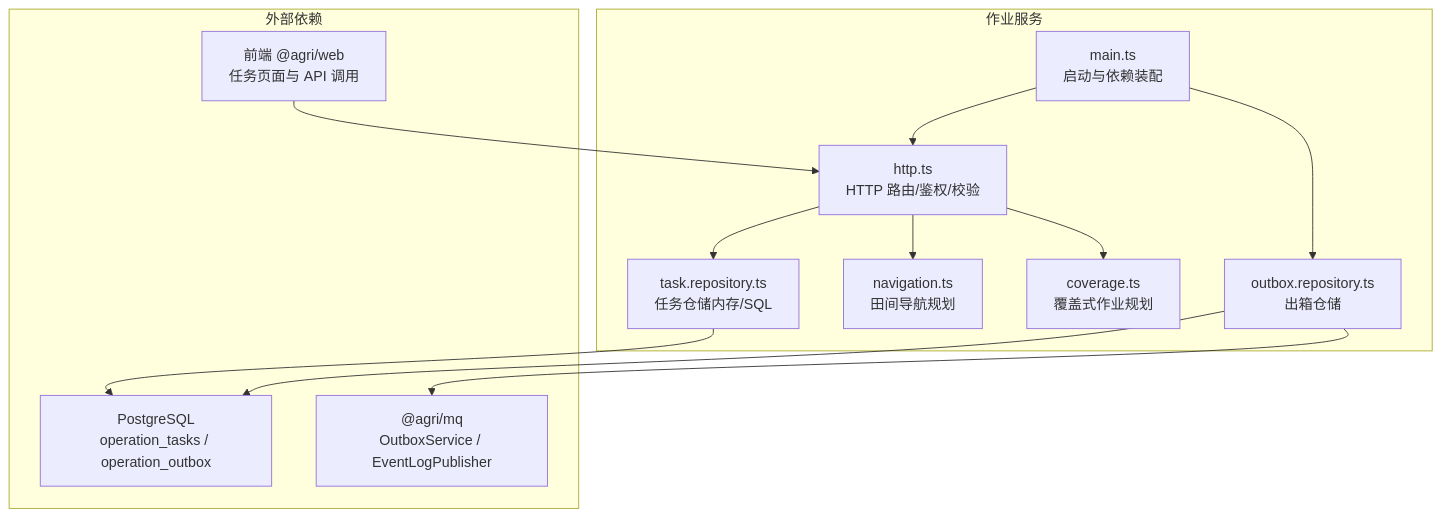
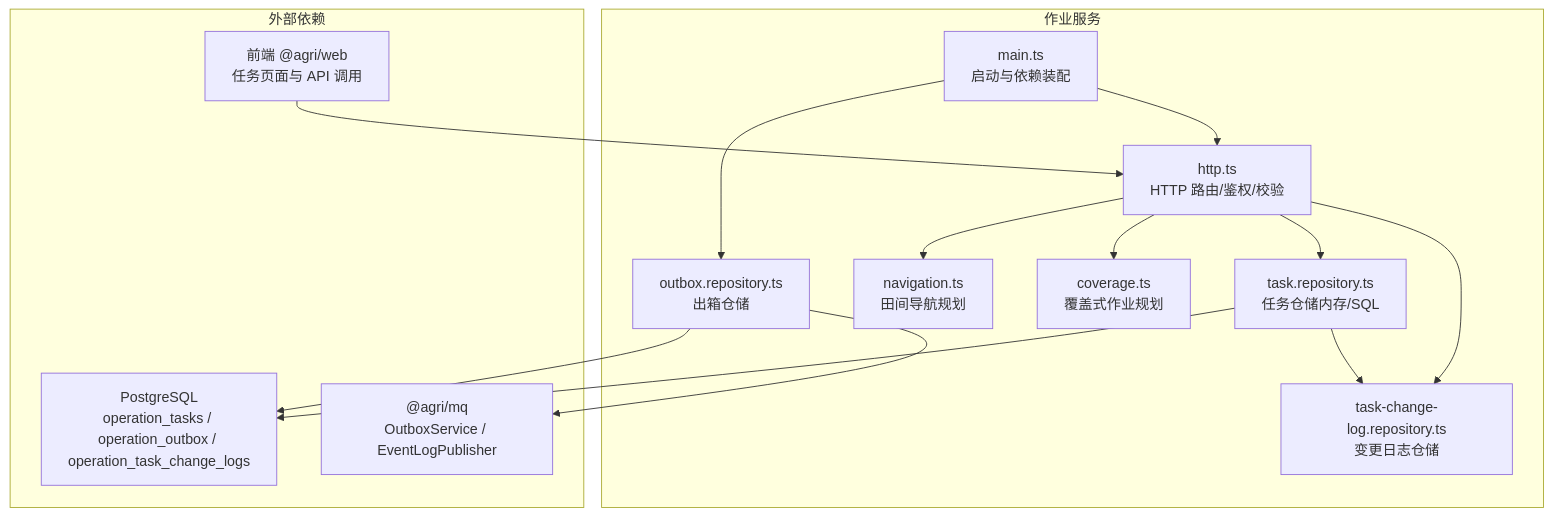
Before and after one commit to q446328246/agri-platform: the first of 10 diagrams in .qoder/repowiki/zh/content/核心服务文档/作业服务.md, drawn with Mermaid. The commit also changed other lines of this file and 38 other files, not shown here.

````diff
--- a/.qoder/repowiki/zh/content/核心服务文档/作业服务.md
+++ b/.qoder/repowiki/zh/content/核心服务文档/作业服务.md
@@ -48,25 +51,28 @@
 ```mermaid
 graph TB
 subgraph "作业服务"
 MAIN["main.ts<br/>启动与依赖装配"]
 HTTP["http.ts<br/>HTTP 路由/鉴权/校验"]
 TASK["task.repository.ts<br/>任务仓储内存/SQL"]
+CHANGELOG["task-change-log.repository.ts<br/>变更日志仓储"]
 NAV["navigation.ts<br/>田间导航规划"]
 COV["coverage.ts<br/>覆盖式作业规划"]
 OUTBOX["outbox.repository.ts<br/>出箱仓储"]
 end
 subgraph "外部依赖"
-DB["PostgreSQL<br/>operation_tasks / operation_outbox"]
+DB["PostgreSQL<br/>operation_tasks / operation_outbox / operation_task_change_logs"]
 MQ["@agri/mq<br/>OutboxService / EventLogPublisher"]
 WEB["前端 @agri/web<br/>任务页面与 API 调用"]
 end
 MAIN --> HTTP
 HTTP --> TASK
+HTTP --> CHANGELOG
 HTTP --> NAV
 HTTP --> COV
 MAIN --> OUTBOX
 TASK --> DB
+TASK --> CHANGELOG
 OUTBOX --> DB
 OUTBOX --> MQ
 WEB --> HTTP
 ```
````
